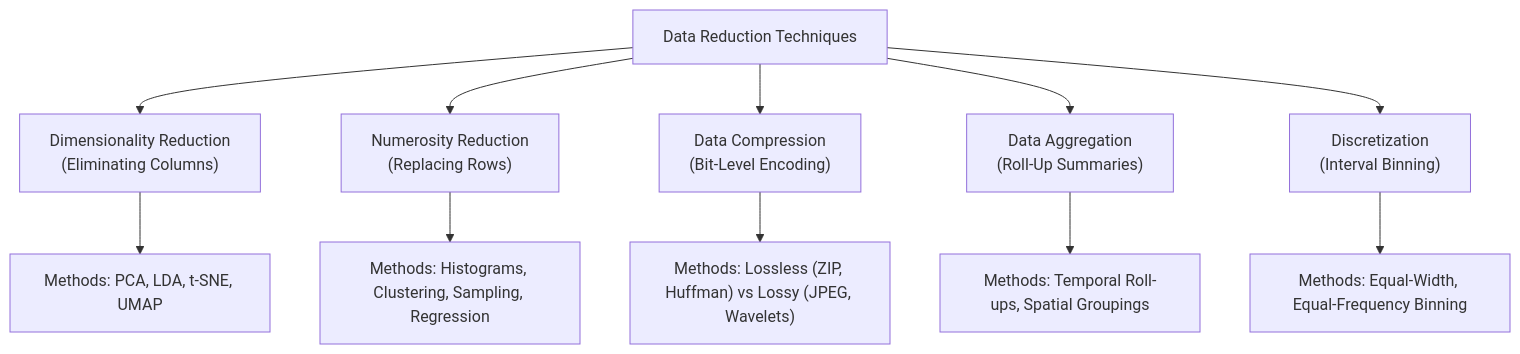
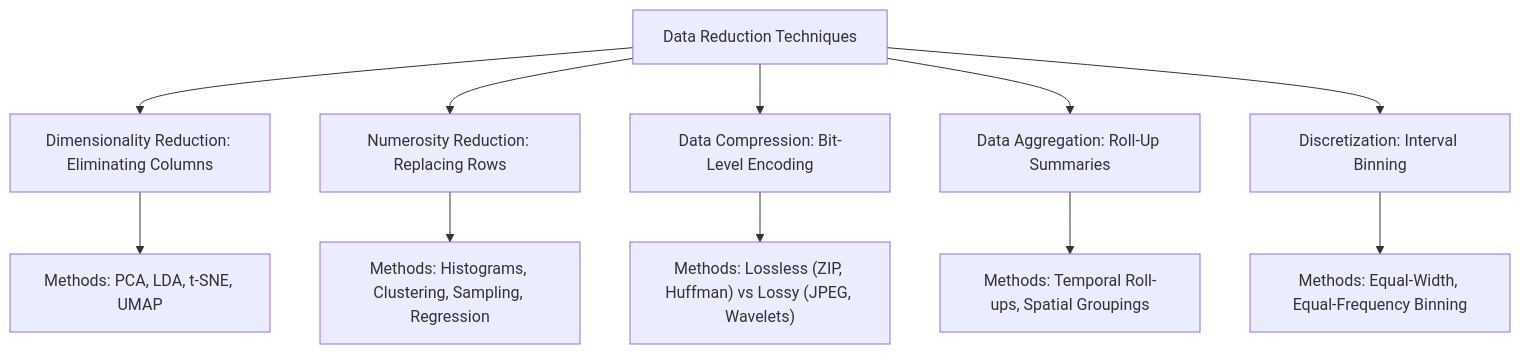
One commit to DeepLumiere/DeepSkills changed diagram 16 of 21 in notes/data_analysis/Unit_4_notes.md. Above: the diagram before and after it, drawn with Mermaid. The commit also changed other lines of this file and 56 other files, not shown here.

````diff
--- a/notes/data_analysis/Unit_4_notes.md
+++ b/notes/data_analysis/Unit_4_notes.md
@@ -1530,16 +1528,16 @@
 ```mermaid
 flowchart TD
     DRT["Data Reduction Techniques"]
 
-    DRT --> DR["Dimensionality Reduction<br/>(Eliminating Columns)"]
-    DRT --> NR["Numerosity Reduction<br/>(Replacing Rows)"]
-    DRT --> DC["Data Compression<br/>(Bit-Level Encoding)"]
-    DRT --> AGG["Data Aggregation<br/>(Roll-Up Summaries)"]
-    DRT --> DISC["Discretization<br/>(Interval Binning)"]
+    DRT --> DR["Dimensionality Reduction: Eliminating Columns"]
+    DRT --> NR["Numerosity Reduction: Replacing Rows"]
+    DRT --> DC["Data Compression: Bit-Level Encoding"]
+    DRT --> AGG["Data Aggregation: Roll-Up Summaries"]
+    DRT --> DISC["Discretization: Interval Binning"]
 
     DR --> DR_M["Methods: PCA, LDA, t-SNE, UMAP"]
     NR --> NR_M["Methods: Histograms, Clustering, Sampling, Regression"]
     DC --> DC_M["Methods: Lossless (ZIP, Huffman) vs Lossy (JPEG, Wavelets)"]
     AGG --> AGG_M["Methods: Temporal Roll-ups, Spatial Groupings"]
     DISC --> DISC_M["Methods: Equal-Width, Equal-Frequency Binning"]
 ```
````
